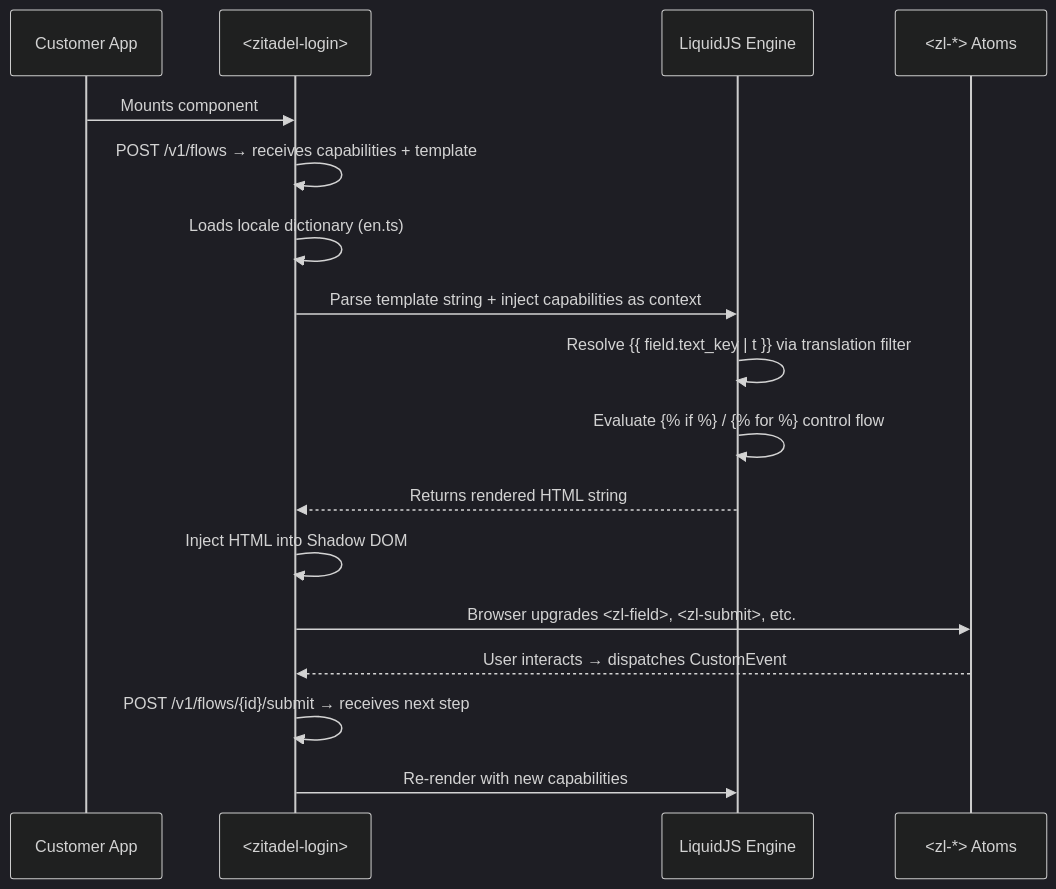
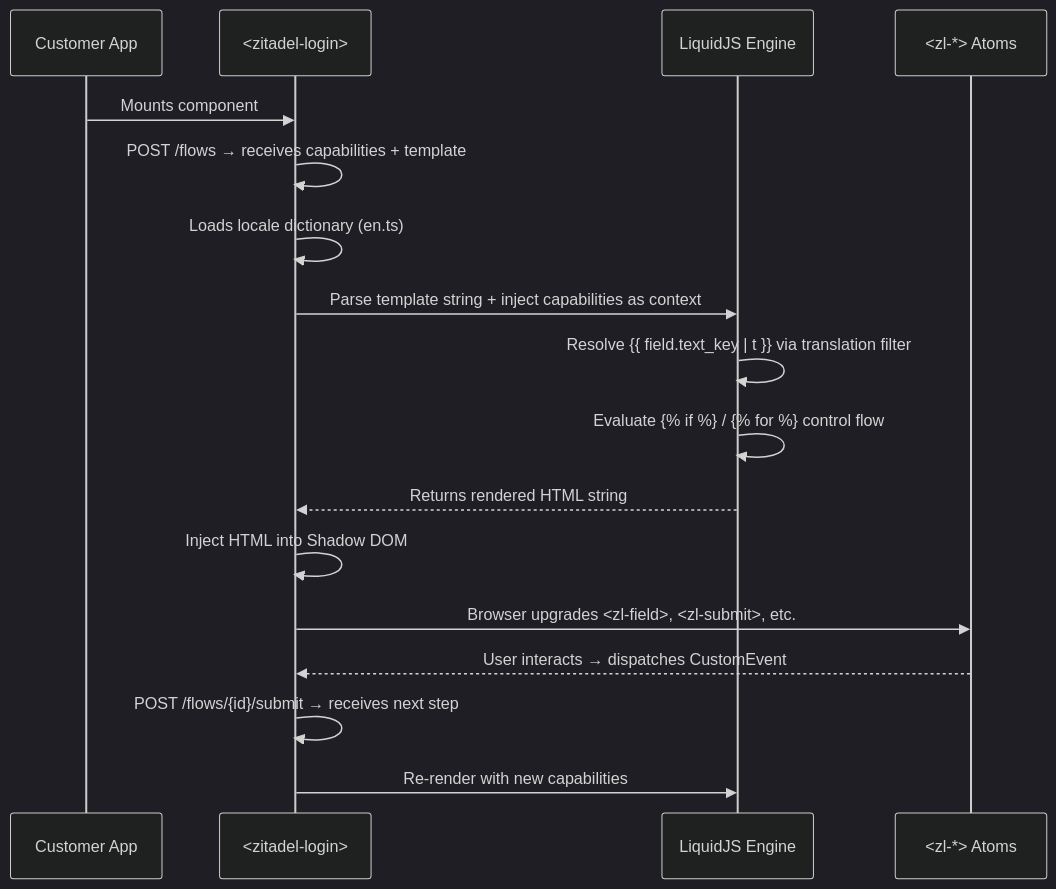
The second of 12 diagrams in docs/design/flowengine/flow-engine-guide.md (zitadel/nextgen), drawn with Mermaid (dark theme) before and after one commit. The commit also changed other lines of this file and 19 other files, not shown here.

````diff
--- a/docs/design/flowengine/flow-engine-guide.md
+++ b/docs/design/flowengine/flow-engine-guide.md
@@ -95,20 +95,20 @@
 ```mermaid
 sequenceDiagram
     participant App as Customer App
     participant ZL as <zitadel-login>
     participant Liquid as LiquidJS Engine
     participant Atoms as <zl-*> Atoms
 
     App->>ZL: Mounts component
-    ZL->>ZL: POST /v1/flows → receives capabilities + template
+    ZL->>ZL: POST /flows → receives capabilities + template
     ZL->>ZL: Loads locale dictionary (en.ts)
     ZL->>Liquid: Parse template string + inject capabilities as context
     Liquid->>Liquid: Resolve {{ field.text_key | t }} via translation filter
     Liquid->>Liquid: Evaluate {% if %} / {% for %} control flow
     Liquid-->>ZL: Returns rendered HTML string
     ZL->>ZL: Inject HTML into Shadow DOM
     ZL->>Atoms: Browser upgrades <zl-field>, <zl-submit>, etc.
     Atoms-->>ZL: User interacts → dispatches CustomEvent
-    ZL->>ZL: POST /v1/flows/{id}/submit → receives next step
+    ZL->>ZL: POST /flows/{id}/submit → receives next step
     ZL->>Liquid: Re-render with new capabilities
 ```
````
